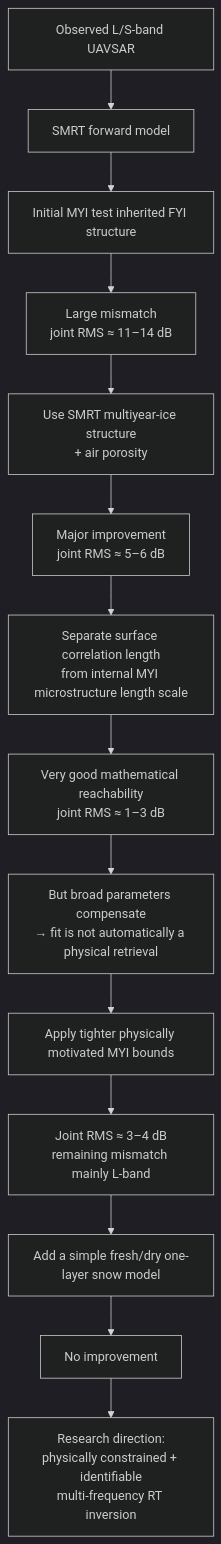
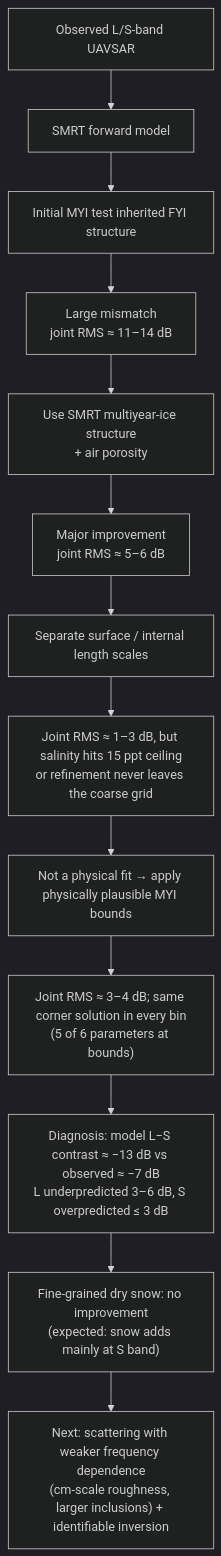
Before and after one commit to Maisha0497/sea-ice-rt-identifiability: the diagram in README.md, drawn with Mermaid (dark theme). The commit also changed other lines of this file and 2 other files, not shown here.

First line of the commit message:
Fix exp-08 import, broken image; reframe MYI results as frequency-dependence diagnosis

````diff
--- a/README.md
+++ b/README.md
@@ -30,23 +30,18 @@
 ```mermaid
 flowchart TD
     A["Observed L/S-band UAVSAR"] --> B["SMRT forward model"]
 
     B --> C["Initial MYI test inherited FYI structure"]
     C --> D["Large mismatch<br/>joint RMS ≈ 11–14 dB"]
 
     D --> E["Use SMRT multiyear-ice structure<br/>+ air porosity"]
     E --> F["Major improvement<br/>joint RMS ≈ 5–6 dB"]
 
-    F --> G["Separate surface correlation length<br/>from internal MYI microstructure length scale"]
-    G --> H["Very good mathematical reachability<br/>joint RMS ≈ 1–3 dB"]
-
-    H --> I["But broad parameters compensate<br/>→ fit is not automatically a physical retrieval"]
-
-    I --> J["Apply tighter physically motivated MYI bounds"]
-    J --> K["Joint RMS ≈ 3–4 dB<br/>remaining mismatch mainly L-band"]
-
-    K --> L["Add a simple fresh/dry one-layer snow model"]
-    L --> M["No improvement"]
-
-    M --> N["Research direction:<br/>physically constrained + identifiable<br/>multi-frequency RT inversion"]
+    F --> G["Separate surface / internal length scales"]
+    G --> H["Joint RMS ≈ 1–3 dB, but salinity hits 15 ppt ceiling<br/>or refinement never leaves the coarse grid"]
+    H --> I["Not a physical fit → apply physically plausible MYI bounds"]
+    I --> J["Joint RMS ≈ 3–4 dB; same corner solution in every bin<br/>(5 of 6 parameters at bounds)"]
+    J --> K["Diagnosis: model L−S contrast ≈ −13 dB vs observed ≈ −7 dB<br/>L underpredicted 3–6 dB, S overpredicted ≤ 3 dB"]
+    K --> L["Fine-grained dry snow: no improvement<br/>(expected: snow adds mainly at S band)"]
+    L --> M["Next: scattering with weaker frequency dependence<br/>(cm-scale roughness, larger inclusions) + identifiable inversion"]
 ```
````
